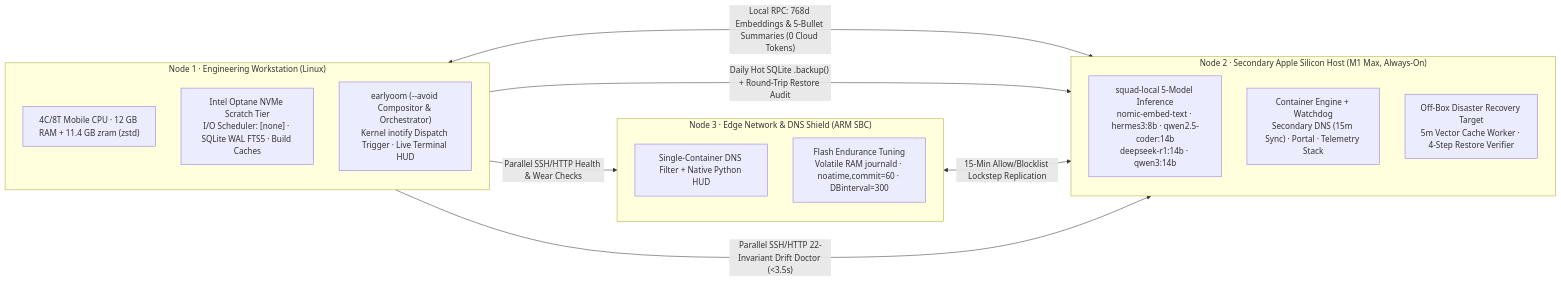
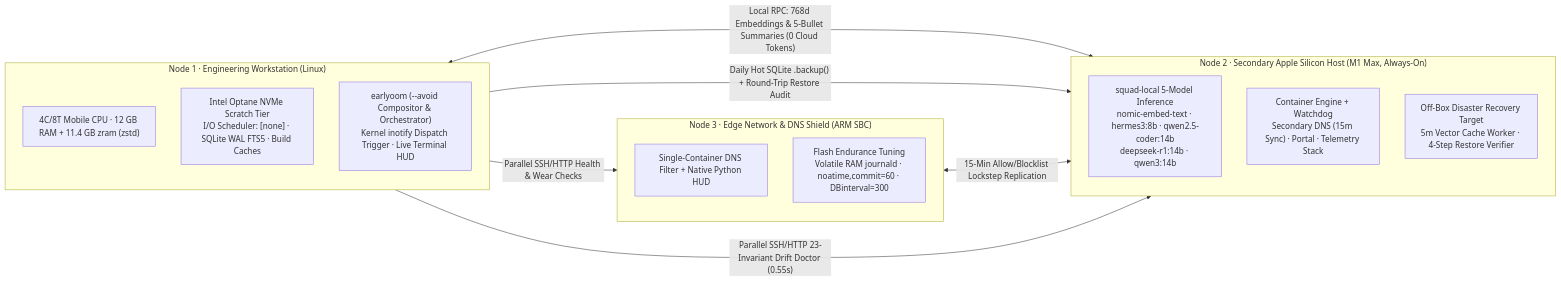
One commit to jhathcock-sys/Public-Showcase changed the second of 3 diagrams in 02_AI-Systems-Architecture/00-Cognitive-Architecture-Overview.md. Above: the diagram before and after it, drawn with Mermaid. The commit also changed other lines of this file and 10 other files, not shown here.

Commit message:
docs(showcase): add Deterministic Video Engine chapter & sync Halcyon/DevOps/PTT v0.4.0 architecture

````diff
--- a/02_AI-Systems-Architecture/00-Cognitive-Architecture-Overview.md
+++ b/02_AI-Systems-Architecture/00-Cognitive-Architecture-Overview.md
@@ -94,25 +95,25 @@
 ```mermaid
 flowchart LR
     subgraph N1 ["Node 1 · Engineering Workstation (Linux)"]
         W_CPU["4C/8T Mobile CPU · 12 GB RAM + 11.4 GB zram (zstd)"]
         W_Optane["Intel Optane NVMe Scratch Tier\nI/O Scheduler: [none] · SQLite WAL FTS5 · Build Caches"]
         W_Guard["earlyoom (--avoid Compositor & Orchestrator)\nKernel inotify Dispatch Trigger · Live Terminal HUD"]
     end
 
     subgraph N2 ["Node 2 · Secondary Apple Silicon Host (M1 Max, Always-On)"]
         S_Emb["squad-local 5-Model Inference\nnomic-embed-text · hermes3:8b · qwen2.5-coder:14b\ndeepseek-r1:14b · qwen3:14b"]
         S_Docker["Container Engine + Watchdog\nSecondary DNS (15m Sync) · Portal · Telemetry Stack"]
         S_DR["Off-Box Disaster Recovery Target\n5m Vector Cache Worker · 4-Step Restore Verifier"]
     end
 
     subgraph N3 ["Node 3 · Edge Network & DNS Shield (ARM SBC)"]
         P_DNS["Single-Container DNS Filter + Native Python HUD"]
         P_Wear["Flash Endurance Tuning\nVolatile RAM journald · noatime,commit=60 · DBinterval=300"]
     end
 
     N1 <-->|"Local RPC: 768d Embeddings & 5-Bullet Summaries (0 Cloud Tokens)"| N2
     N1 -->|"Daily Hot SQLite .backup() + Round-Trip Restore Audit"| N2
     N3 <-->|"15-Min Allow/Blocklist Lockstep Replication"| N2
-    N1 -->|"Parallel SSH/HTTP 22-Invariant Drift Doctor (<3.5s)"| N2
+    N1 -->|"Parallel SSH/HTTP 23-Invariant Drift Doctor (0.55s)"| N2
     N1 -->|"Parallel SSH/HTTP Health & Wear Checks"| N3
 ```
````
